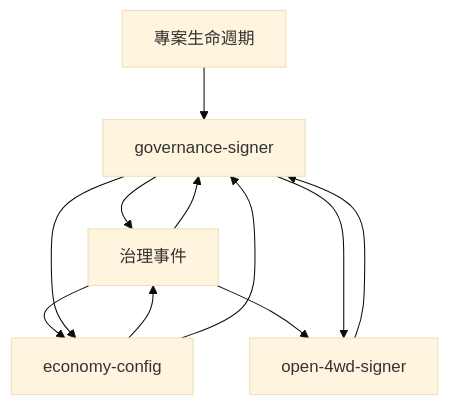
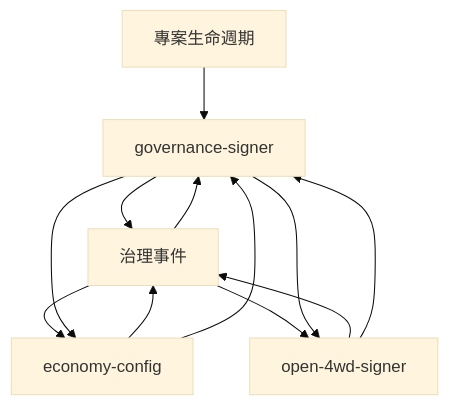
Diagram 16 of 17 in docs-map.md (xjustloveux/open-4wd-specs), drawn with Mermaid (base theme) before and after one commit. The commit also changed other lines of this file and 22 other files, not shown here.

````diff
--- a/docs-map.md
+++ b/docs-map.md
@@ -1021,18 +1022,19 @@
 ```mermaid
 flowchart TB
   n0["專案生命週期"]
   n1["治理事件"]
   n2["economy-config"]
   n3["governance-signer"]
   n4["open-4wd-signer"]
   n0 --> n3
   n1 --> n2
   n1 --> n3
   n1 --> n4
   n2 --> n1
   n2 --> n3
   n3 --> n1
   n3 --> n2
   n3 --> n4
+  n4 --> n1
   n4 --> n3
 ```
````
